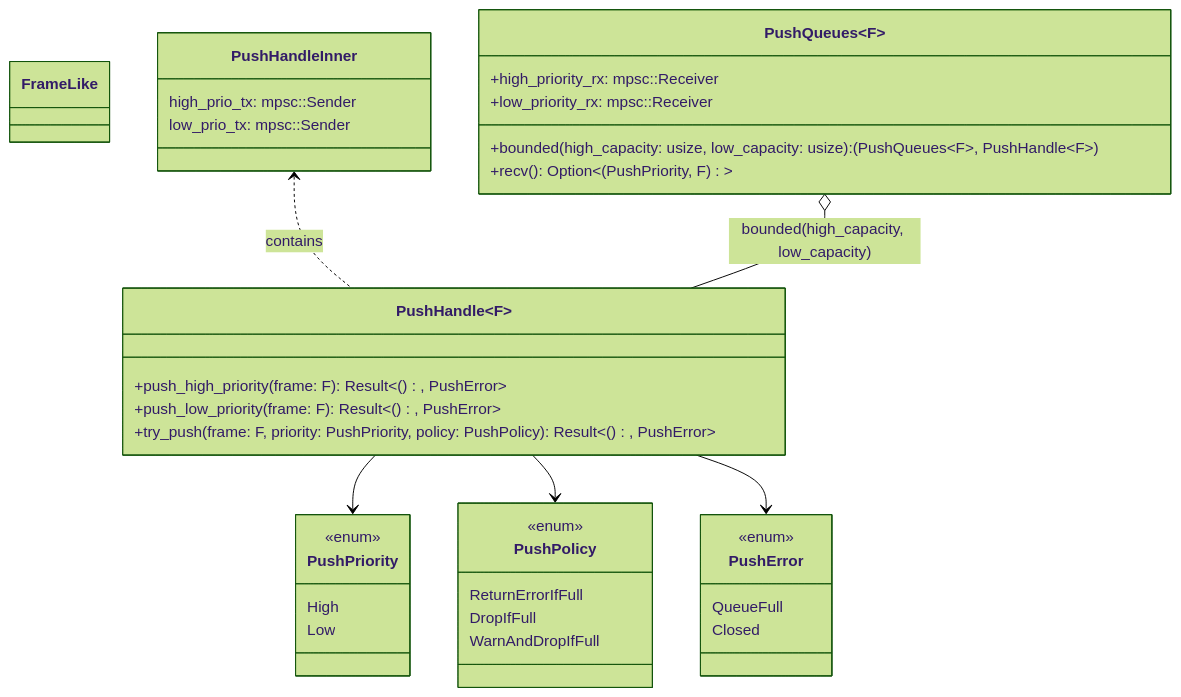
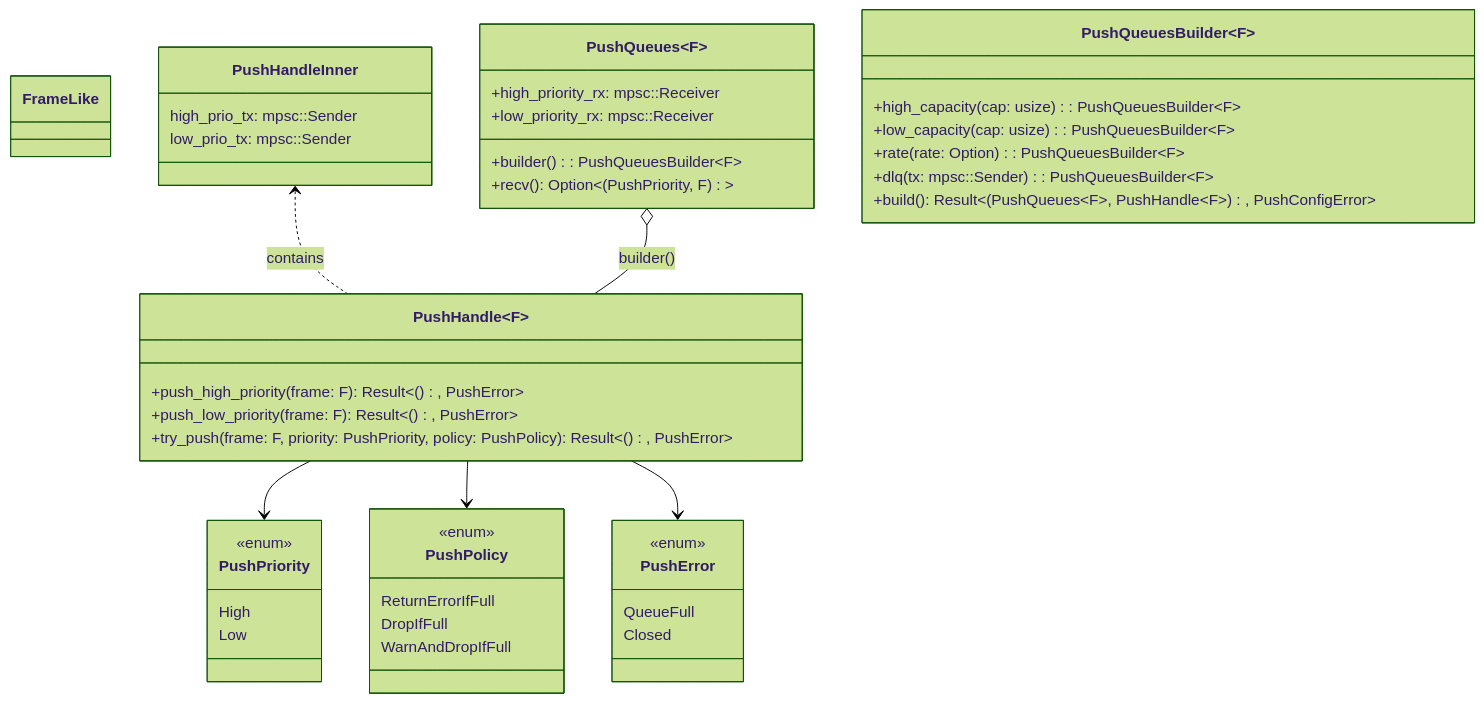
One commit to leynos/wireframe changed the fifth of 15 diagrams in docs/asynchronous-outbound-messaging-design.md. Above: the diagram before and after it, drawn with Mermaid (forest theme). The commit also changed 16 other files, not shown here.

````diff
--- a/docs/asynchronous-outbound-messaging-design.md
+++ b/docs/asynchronous-outbound-messaging-design.md
@@ -324,42 +324,49 @@
 ```mermaid
 classDiagram
     class FrameLike {
     }
     class PushPriority {
         <<enum>>
         High
         Low
     }
     class PushPolicy {
         <<enum>>
         ReturnErrorIfFull
         DropIfFull
         WarnAndDropIfFull
     }
     class PushError {
         <<enum>>
         QueueFull
         Closed
     }
     class PushHandleInner {
         high_prio_tx: mpsc::Sender<F>
         low_prio_tx: mpsc::Sender<F>
     }
     class PushHandle~F~ {
         +push_high_priority(frame: F): Result<(), PushError>
         +push_low_priority(frame: F): Result<(), PushError>
         +try_push(frame: F, priority: PushPriority, policy: PushPolicy): Result<(), PushError>
     }
     class PushQueues~F~ {
         +high_priority_rx: mpsc::Receiver<F>
         +low_priority_rx: mpsc::Receiver<F>
-        +bounded(high_capacity: usize, low_capacity: usize): (PushQueues~F~, PushHandle~F~)
+        +builder(): PushQueuesBuilder~F~
         +recv(): Option<(PushPriority, F)>
+    }
+    class PushQueuesBuilder~F~ {
+        +high_capacity(cap: usize): PushQueuesBuilder~F~
+        +low_capacity(cap: usize): PushQueuesBuilder~F~
+        +rate(rate: Option<usize>): PushQueuesBuilder~F~
+        +dlq(tx: mpsc::Sender<F>): PushQueuesBuilder~F~
+        +build(): Result<(PushQueues~F~, PushHandle~F~), PushConfigError>
     }
 
     PushHandleInner <.. PushHandle~F~ : contains
-    PushQueues~F~ o-- PushHandle~F~ : bounded(high_capacity, low_capacity)
+    PushQueues~F~ o-- PushHandle~F~ : builder()
     PushHandle --> PushPriority
     PushHandle --> PushPolicy
     PushHandle --> PushError
 ```
````
